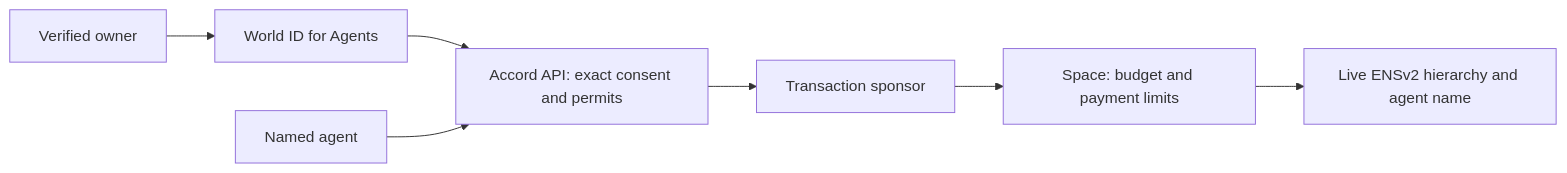
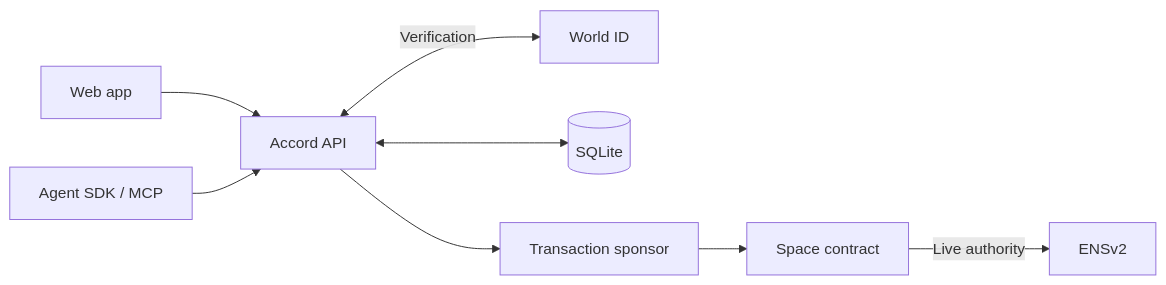
The second of 2 diagrams in README.md (hrsh22/ethtokyo26), drawn with Mermaid before and after one commit. The commit also changed other lines of this file, not shown here.

````diff
--- a/README.md
+++ b/README.md
@@ -22,9 +45,10 @@
 ```mermaid
 flowchart LR
-  Owner[Verified owner] --> World[World ID for Agents]
-  World --> API[Accord API: exact consent and permits]
-  Agent[Named agent] --> API
-  API --> Sponsor[Transaction sponsor]
-  Sponsor --> Space[Space: budget and payment limits]
-  Space --> ENS[Live ENSv2 hierarchy and agent name]
+    Web[Web app] --> API[Accord API]
+    Agent[Agent SDK / MCP] --> API
+    API <-->|Verification| World[World ID]
+    API <--> DB[(SQLite)]
+    API --> Sponsor[Transaction sponsor]
+    Sponsor --> Space[Space contract]
+    Space -->|Live authority| ENS[ENSv2]
 ```
````
